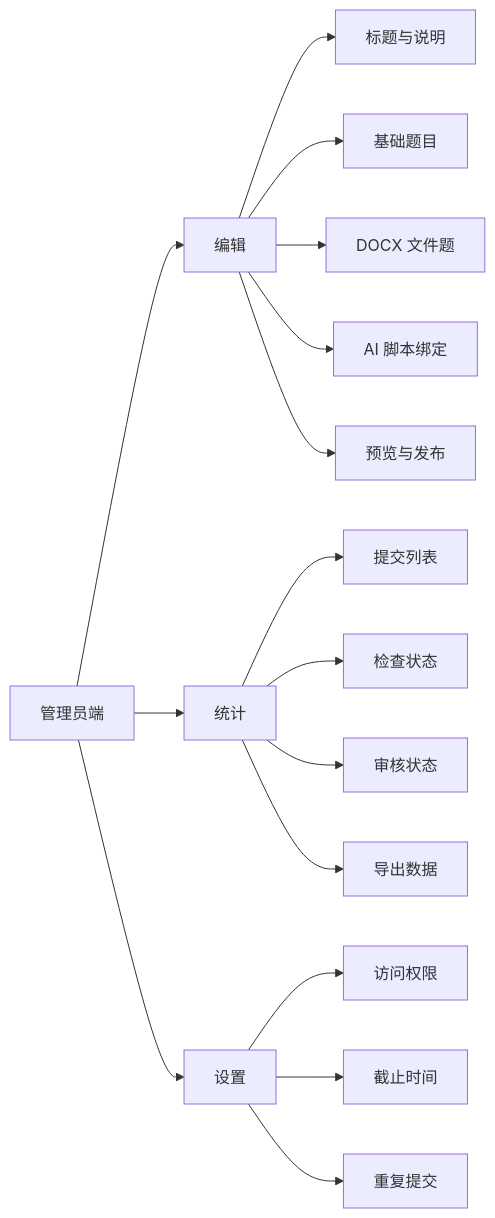
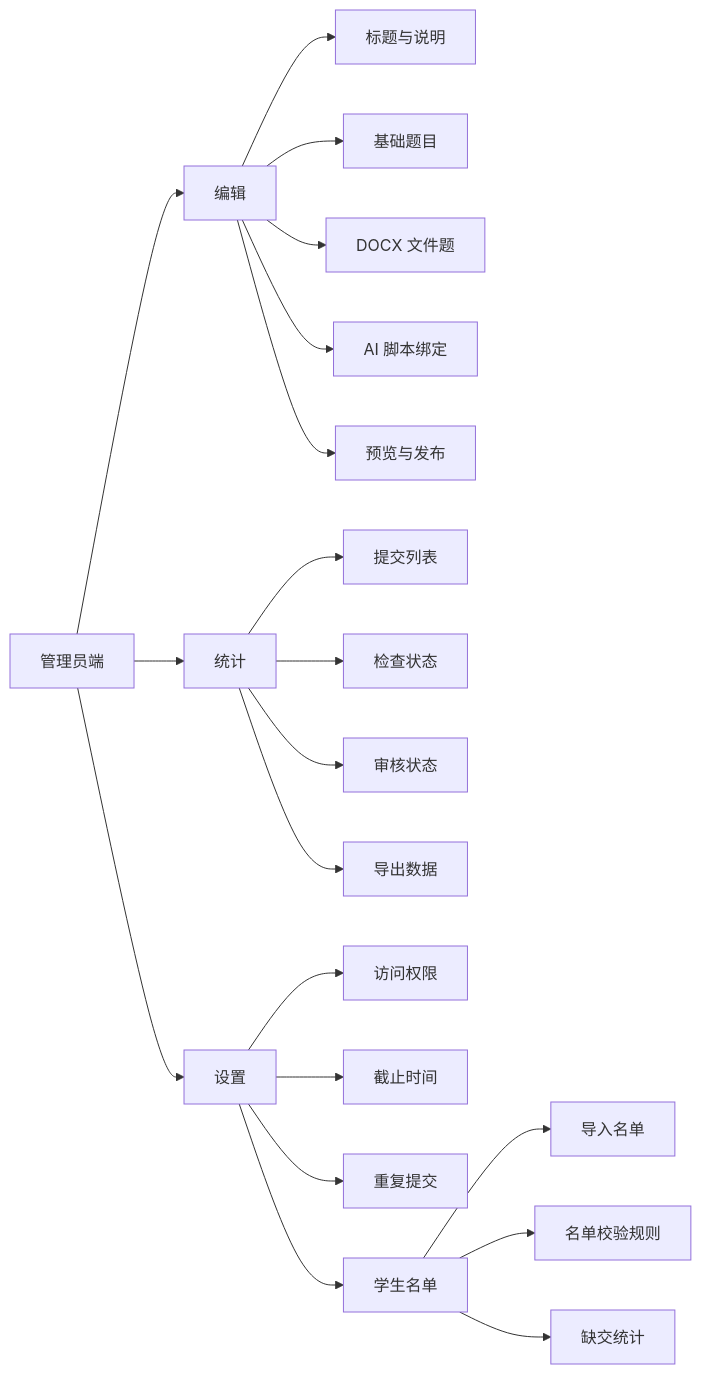
Before and after one commit to layerism/moyin: the first of 4 diagrams in docs/03_design_diagram.md, drawn with Mermaid. The commit also changed other lines of this file, not shown here.

Commit message:
Add student roster settings to design diagrams

````diff
--- a/docs/03_design_diagram.md
+++ b/docs/03_design_diagram.md
@@ -5,21 +5,25 @@
 ```mermaid
 flowchart LR
   A["管理员端"] --> B["编辑"]
   A --> C["统计"]
   A --> D["设置"]
 
   B --> B1["标题与说明"]
   B --> B2["基础题目"]
   B --> B3["DOCX 文件题"]
   B --> B4["AI 脚本绑定"]
   B --> B5["预览与发布"]
 
   C --> C1["提交列表"]
   C --> C2["检查状态"]
   C --> C3["审核状态"]
   C --> C4["导出数据"]
 
   D --> D1["访问权限"]
   D --> D2["截止时间"]
   D --> D3["重复提交"]
+  D --> D4["学生名单"]
+  D4 --> D41["导入名单"]
+  D4 --> D42["名单校验规则"]
+  D4 --> D43["缺交统计"]
 ```
````
